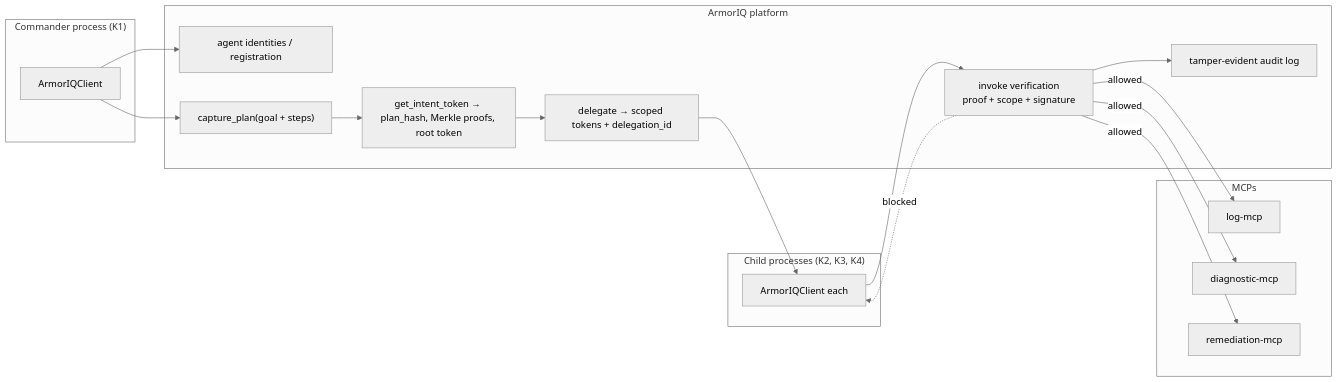
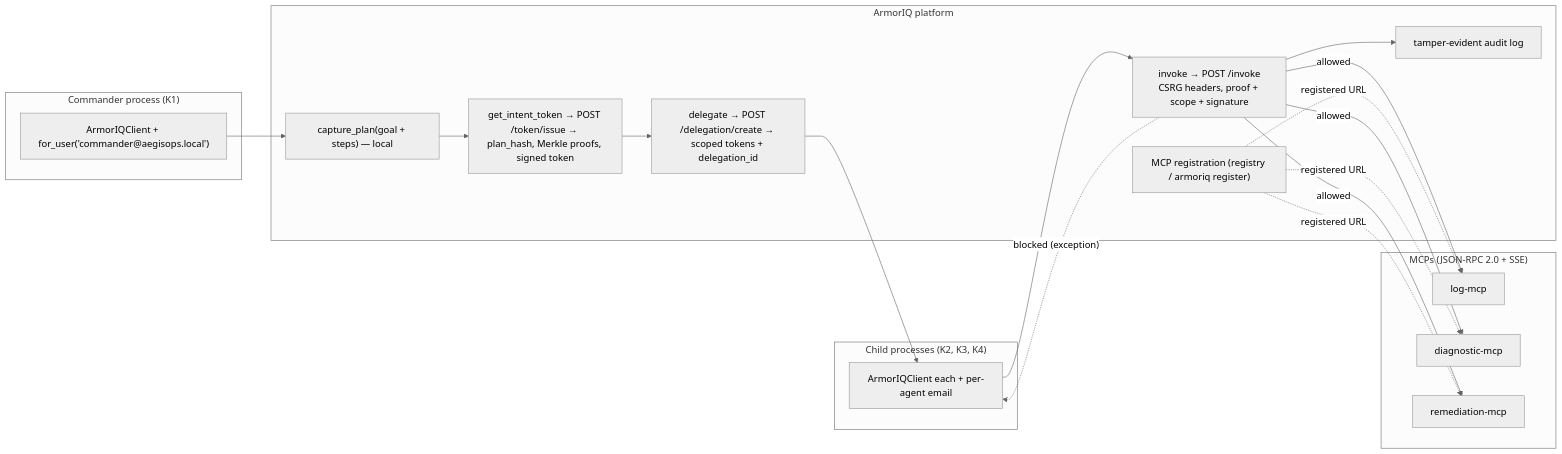
One commit to domainkeeper/AegisOps changed the second of 4 diagrams in ARCHITECTURE.md. Above: the diagram before and after it, drawn with Mermaid (neutral theme). The commit also changed other lines of this file and 11 other files, not shown here.

Commit message:
feat: Phase 1 - ArmorIQ SDK verification, project foundation, smoke test

````diff
--- a/ARCHITECTURE.md
+++ b/ARCHITECTURE.md
@@ -259,32 +314,34 @@
 ```mermaid
 flowchart LR
     subgraph Cmd["Commander process (K1)"]
-        CL1["ArmorIQClient"]
+        CL1["ArmorIQClient + for_user('commander@aegisops.local')"]
     end
     subgraph Cmd2["Child processes (K2, K3, K4)"]
-        CL2["ArmorIQClient each"]
+        CL2["ArmorIQClient each + per-agent email"]
     end
     subgraph AP["ArmorIQ platform"]
-        REG["agent identities / registration"]
-        CAP["capture_plan(goal + steps)"]
-        TOK["get_intent_token → plan_hash, Merkle proofs, root token"]
-        DEL["delegate → scoped tokens + delegation_id"]
-        CHK["invoke verification<br/>proof + scope + signature"]
+        REG["MCP registration (registry / armoriq register)"]
+        CAP["capture_plan(goal + steps) — local"]
+        TOK["get_intent_token → POST /token/issue → plan_hash, Merkle proofs, signed token"]
+        DEL["delegate → POST /delegation/create → scoped tokens + delegation_id"]
+        CHK["invoke → POST /invoke<br/>CSRG headers, proof + scope + signature"]
         AUD["tamper-evident audit log"]
     end
-    subgraph Tools["MCPs"]
+    subgraph Tools["MCPs (JSON-RPC 2.0 + SSE)"]
         M1["log-mcp"]
         M2["diagnostic-mcp"]
         M3["remediation-mcp"]
     end
 
-    CL1 --> REG
     CL1 --> CAP --> TOK --> DEL
     DEL --> CL2
     CL2 --> CHK
     CHK --> AUD
     CHK -->|"allowed"| M1
     CHK -->|"allowed"| M2
     CHK -->|"allowed"| M3
-    CHK -.->|"blocked"| CL2
+    CHK -.->|"blocked (exception)"| CL2
+    REG -.->|"registered URL"| M1
+    REG -.->|"registered URL"| M2
+    REG -.->|"registered URL"| M3
 ```
````
